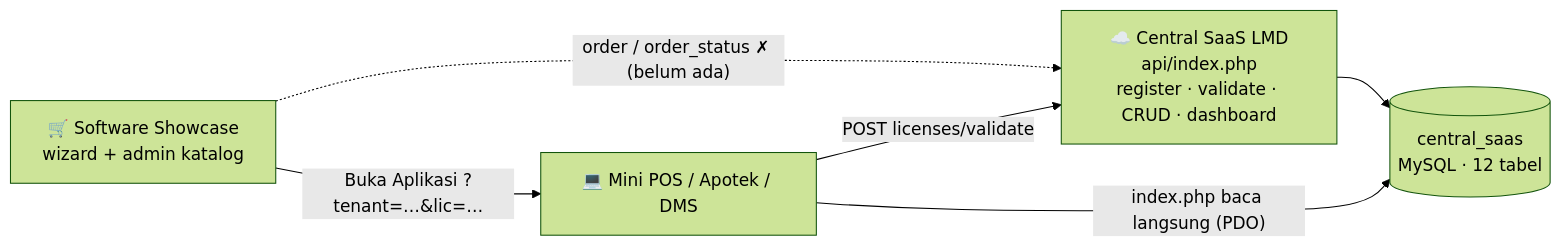
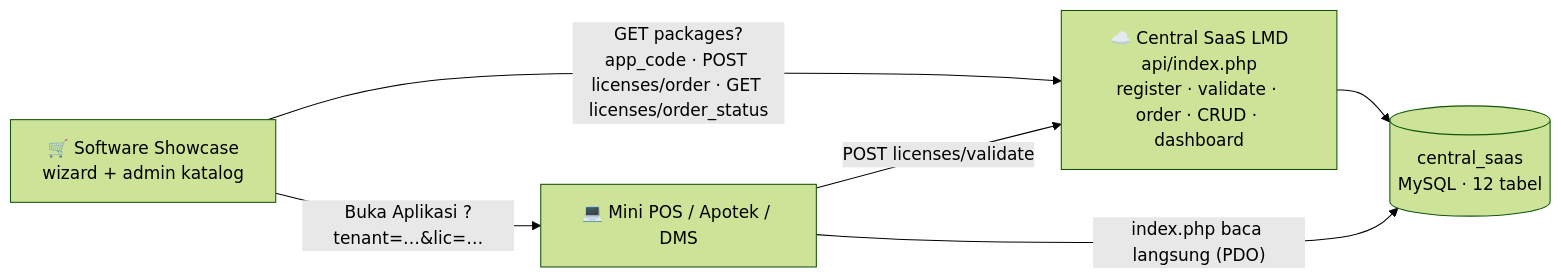
One commit to joan-hidayat/LMD changed the first of 2 diagrams in docs/EKOSISTEM_CARA_KERJA.md. Above: the diagram before and after it, drawn with Mermaid (forest theme). The commit also changed other lines of this file and 10 other files, not shown here.

````diff
--- a/docs/EKOSISTEM_CARA_KERJA.md
+++ b/docs/EKOSISTEM_CARA_KERJA.md
@@ -19,13 +19,13 @@
 ```mermaid
 flowchart LR
     SC["🛒 Software Showcase<br>wizard + admin katalog"]
-    LMD["☁️ Central SaaS LMD<br>api/index.php<br>register · validate · CRUD · dashboard"]
+    LMD["☁️ Central SaaS LMD<br>api/index.php<br>register · validate · order · CRUD · dashboard"]
     APP["💻 Mini POS / Apotek / DMS"]
     DB[("central_saas<br>MySQL · 12 tabel")]
 
-    SC -. "order / order_status ✗ (belum ada)" .-> LMD
+    SC -- "GET packages?app_code · POST licenses/order · GET licenses/order_status" --> LMD
     SC -- "Buka Aplikasi ?tenant=…&lic=…" --> APP
     APP -- "POST licenses/validate" --> LMD
     LMD --> DB
     APP -- "index.php baca langsung (PDO)" --> DB
 ```
````
